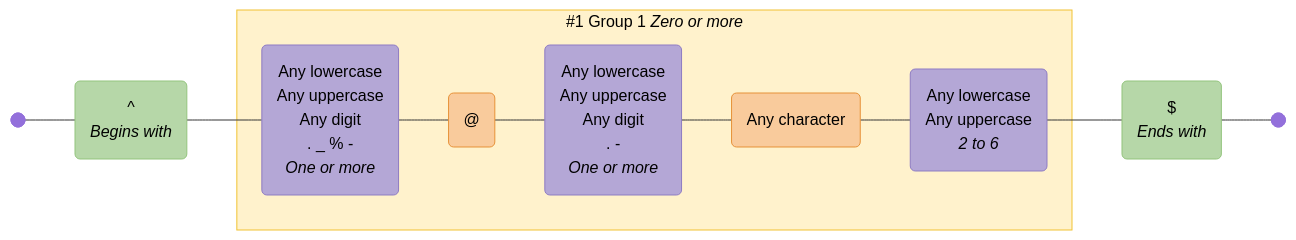
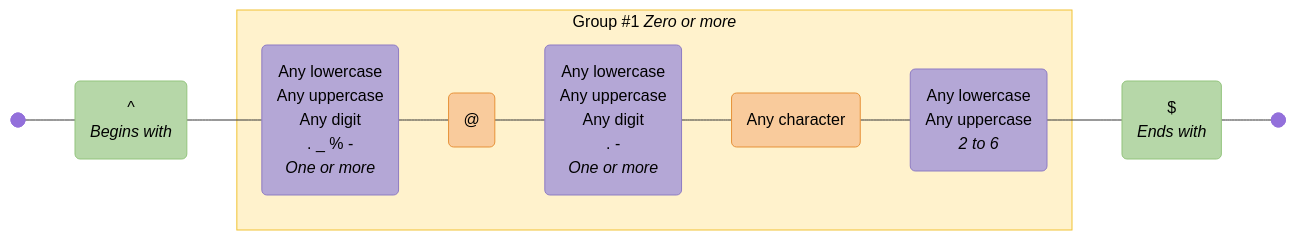
The fifth of 15 diagrams in EXAMPLES.md (tayles/regex-to-mermaid), drawn with Mermaid before and after one commit. The commit also changed other lines of this file and 89 other files, not shown here.

````diff
--- a/EXAMPLES.md
+++ b/EXAMPLES.md
@@ -2109,47 +1854,47 @@
 ```mermaid
 graph LR
   accTitle: "Regex: ^([a-zA-Z0-9._%-]+@[a-zA-Z0-9.-]+\\.[a-zA-Z]{2,6})*$"
-  accDescr: "Generated with regex-to-mermaid@1.0.4"
+  accDescr: "Generated with regex-to-mermaid@2.0.0"
 
   %% Nodes
   start@{ shape: f-circ };
   fin@{ shape: f-circ };
   assertion_1("^<br><i>Begins with</i>"):::assertion;
   char_class_1("Any lowercase<br>Any uppercase<br>Any digit<br>. _ % -<br><i>One or more</i>"):::char-class;
   literal_1("@"):::literal;
   char_class_2("Any lowercase<br>Any uppercase<br>Any digit<br>. -<br><i>One or more</i>"):::char-class;
   literal_2("Any character"):::literal;
   char_class_3("Any lowercase<br>Any uppercase<br><i>2 to 6</i>"):::char-class;
   assertion_2("$<br><i>Ends with</i>"):::assertion;
 
   %% Subgraphs
-  subgraph standard_1 ["#1 Group 1 <i>Zero or more</i>"]
+  subgraph standard_1 ["Group #1 <i>Zero or more</i>"]
     char_class_1
     literal_1
     char_class_2
     literal_2
     char_class_3
   end
 
   %% Edges
   start --- assertion_1;
   assertion_1 --- char_class_1;
   char_class_1 --- literal_1;
   literal_1 --- char_class_2;
   char_class_2 --- literal_2;
   literal_2 --- char_class_3;
   char_class_3 --- assertion_2;
   assertion_2 --- fin;
 
   %% Styles
   %% Node Styling
   classDef assertion fill:#B6D7A8,stroke:#93C47D,color:#000000;
   classDef char-class fill:#B4A7D6,stroke:#8E7CC3,color:#000000;
   classDef literal fill:#F9CB9C,stroke:#E69138,color:#000000;
 
   %% Group Styling
   classDef standard fill:#FFF2CC,stroke:#F1C232,color:#000000;
 
   %% Apply Group Classes
   class standard_1 standard;
 ```
````
